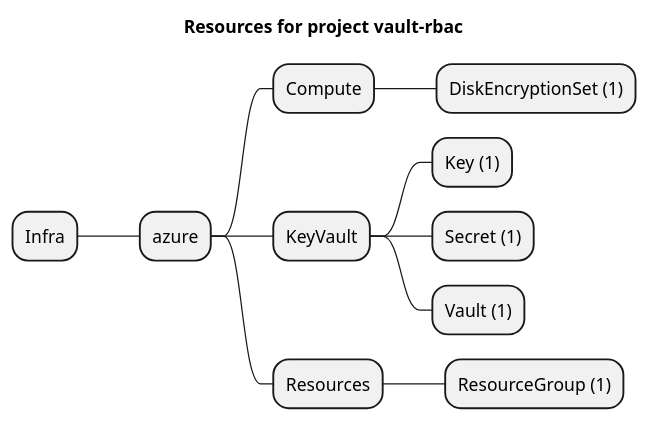
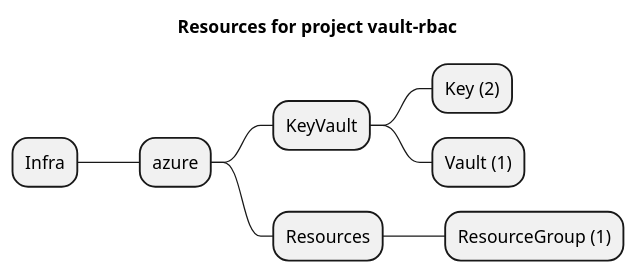
Before and after one commit to grucloud/grucloud: the diagram in examples/azure/KeyVault/vault-rbac/artifacts/resources-mindmap.puml, drawn with PlantUML. The commit also changed 80 other files, not shown here.

```diff
--- a/examples/azure/KeyVault/vault-rbac/artifacts/resources-mindmap.puml
+++ b/examples/azure/KeyVault/vault-rbac/artifacts/resources-mindmap.puml
@@ -1,14 +1,11 @@
 @startmindmap
 title Resources for project vault-rbac
 skinparam monochrome true
 + Infra
 ++ azure
-+++ Compute
-++++ DiskEncryptionSet (1)
 +++ KeyVault
-++++ Key (1)
-++++ Secret (1)
+++++ Key (2)
 ++++ Vault (1)
 +++ Resources
 ++++ ResourceGroup (1)
 @endmindmap
```
